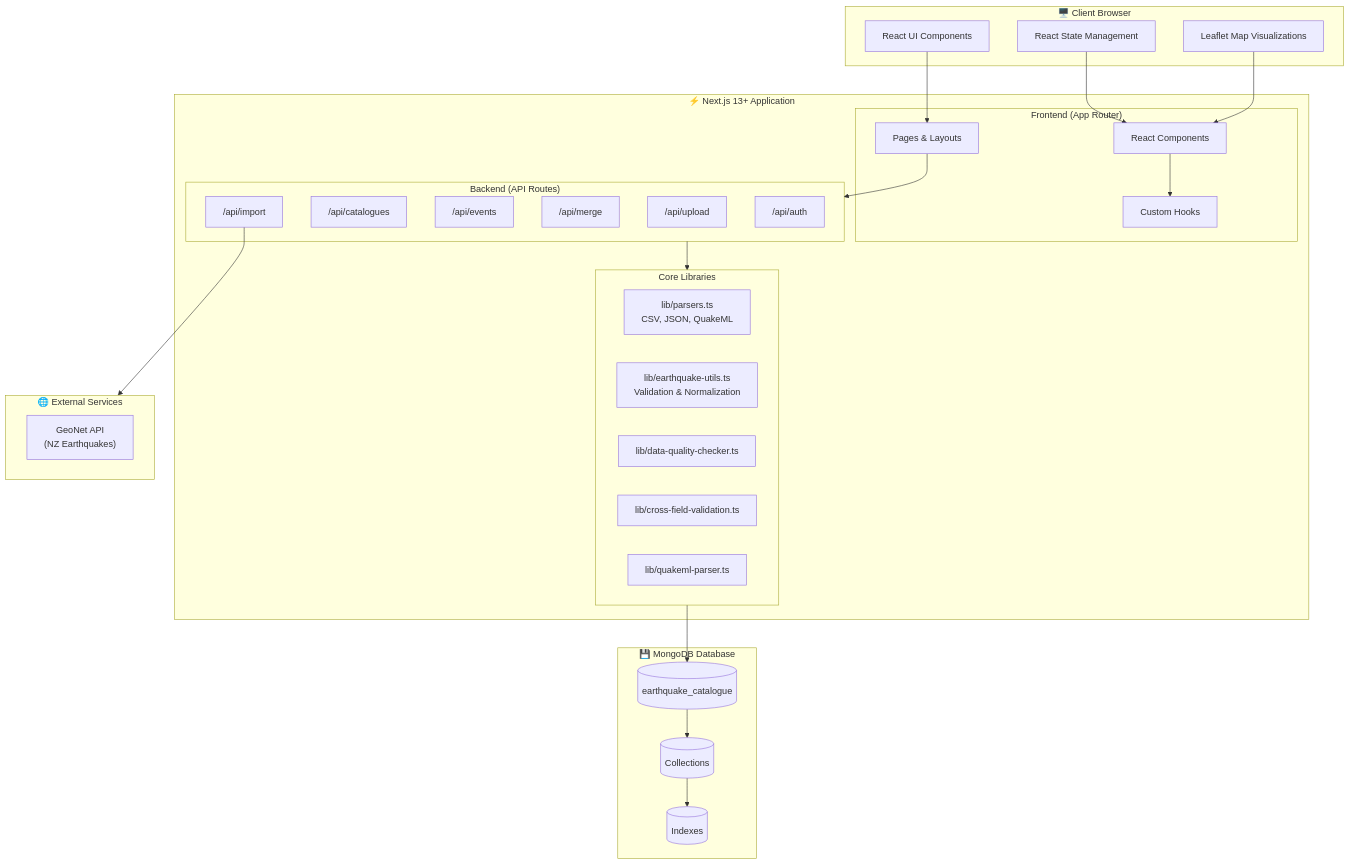
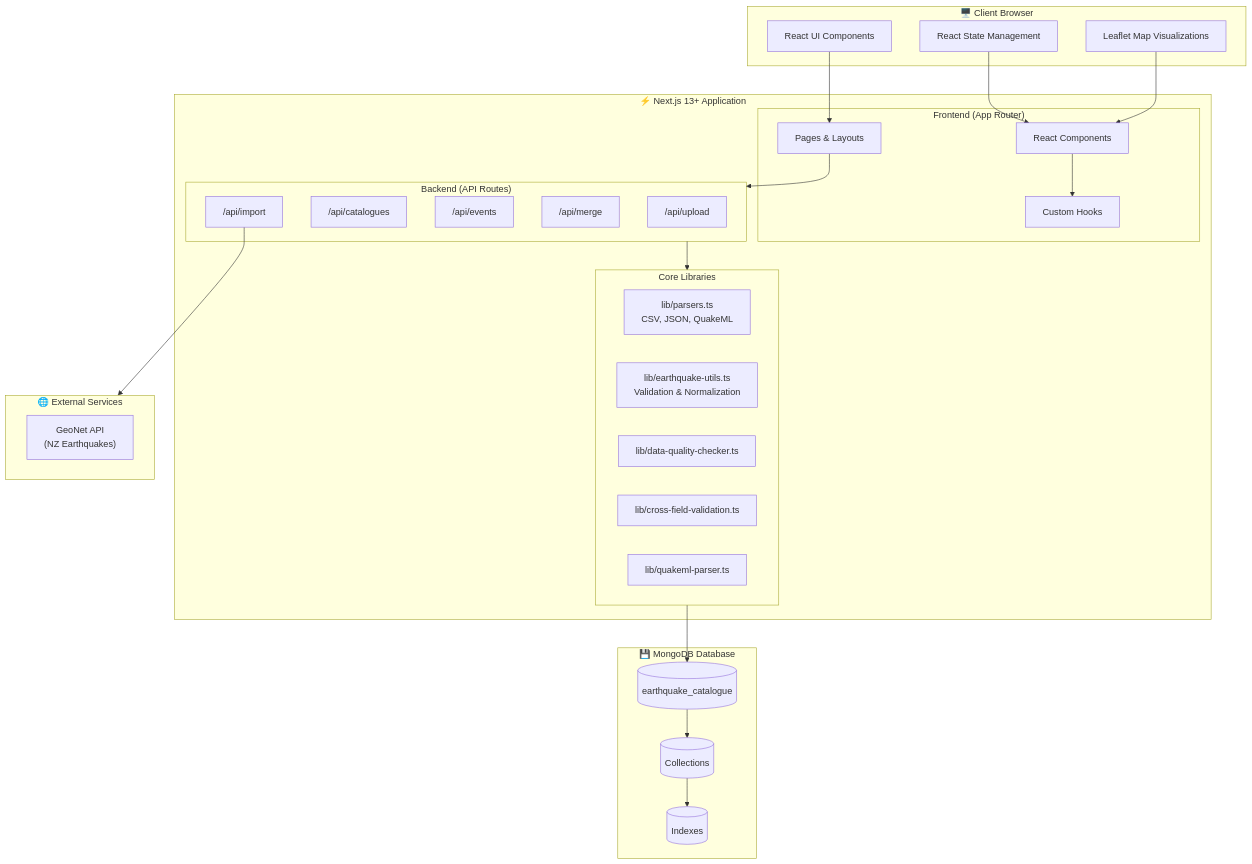
The first of 5 diagrams in docs/ARCHITECTURE.md (KennyGraham1/catalogofcatalogs), drawn with Mermaid before and after one commit. The commit also changed other lines of this file and 15 other files, not shown here.

````diff
--- a/docs/ARCHITECTURE.md
+++ b/docs/ARCHITECTURE.md
@@ -27,57 +27,56 @@
 ```mermaid
 flowchart TB
     subgraph Client["🖥️ Client Browser"]
         UI["React UI Components"]
         State["React State Management"]
         Maps["Leaflet Map Visualizations"]
     end
     
     subgraph NextJS["⚡ Next.js 13+ Application"]
         subgraph Frontend["Frontend (App Router)"]
             Pages["Pages & Layouts"]
             Components["React Components"]
             Hooks["Custom Hooks"]
         end
         
         subgraph Backend["Backend (API Routes)"]
             UploadAPI["/api/upload"]
             CataloguesAPI["/api/catalogues"]
             EventsAPI["/api/events"]
             MergeAPI["/api/merge"]
             ImportAPI["/api/import"]
-            AuthAPI["/api/auth"]
         end
         
         subgraph Libraries["Core Libraries"]
             Parsers["lib/parsers.ts<br/>CSV, JSON, QuakeML"]
             EqUtils["lib/earthquake-utils.ts<br/>Validation & Normalization"]
             QualityCheck["lib/data-quality-checker.ts"]
             CrossField["lib/cross-field-validation.ts"]
             QuakeML["lib/quakeml-parser.ts"]
         end
     end
     
     subgraph Database["💾 MongoDB Database"]
         DB[(earthquake_catalogue)]
         Collections[("Collections")]
         Indexes[("Indexes")]
     end
     
     subgraph External["🌐 External Services"]
         GeoNet["GeoNet API<br/>(NZ Earthquakes)"]
     end
     
     UI --> Pages
     State --> Components
     Maps --> Components
     
     Pages --> Backend
     Components --> Hooks
     
     Backend --> Libraries
     Libraries --> DB
     DB --> Collections
     Collections --> Indexes
     
     ImportAPI --> External
 ```
````
